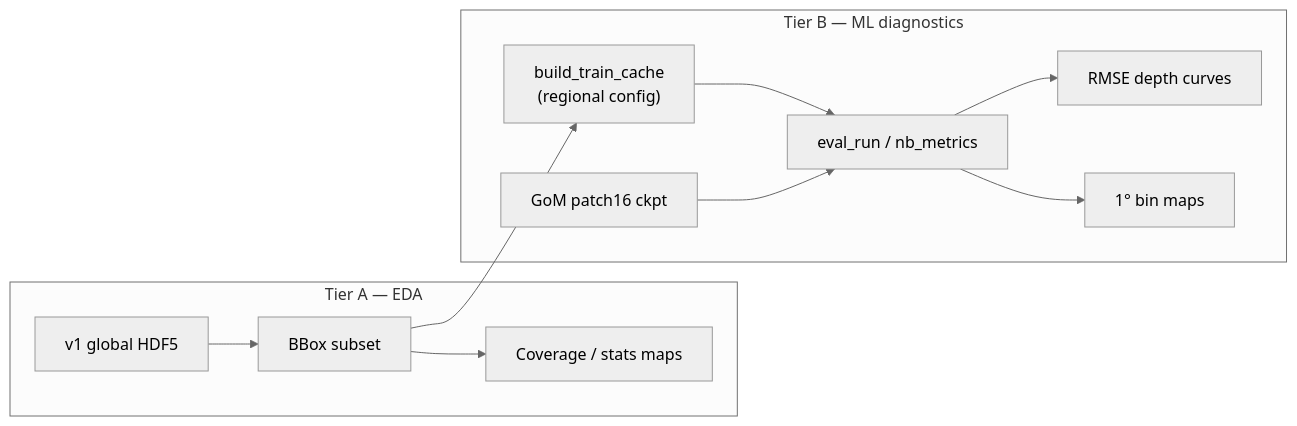
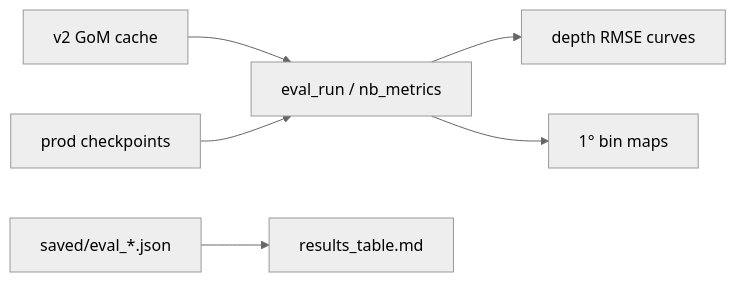
One commit to 0jrm/ISAS20_project changed the diagram in PLAN-phase6.md. Above: the diagram before and after it, drawn with Mermaid (neutral theme). The commit also changed other lines of this file and 8 other files, not shown here.

First line of the commit message:
Drop global model scope; close Phase 6 GoM diagnostics.

````diff
--- a/PLAN-phase6.md
+++ b/PLAN-phase6.md
@@ -63,14 +30,8 @@
 ```mermaid
 flowchart LR
-  subgraph tierA [Tier A — EDA]
-    HDF5["v1 global HDF5"] --> BBox["BBox subset"]
-    BBox --> Maps["Coverage / stats maps"]
-  end
-  subgraph tierB [Tier B — ML diagnostics]
-    BBox --> Cache["build_train_cache\n(regional config)"]
-    Cache --> Infer["eval_run / nb_metrics"]
-    Ckpt["GoM patch16 ckpt"] --> Infer
-    Infer --> Metrics["RMSE depth curves"]
-    Infer --> BinMaps["1° bin maps"]
-  end
+  Cache["v2 GoM cache"] --> Infer["eval_run / nb_metrics"]
+  Ckpt["prod checkpoints"] --> Infer
+  Infer --> Depth["depth RMSE curves"]
+  Infer --> Maps["1° bin maps"]
+  EvalJSON["saved/eval_*.json"] --> Table["results_table.md"]
 ```
````
